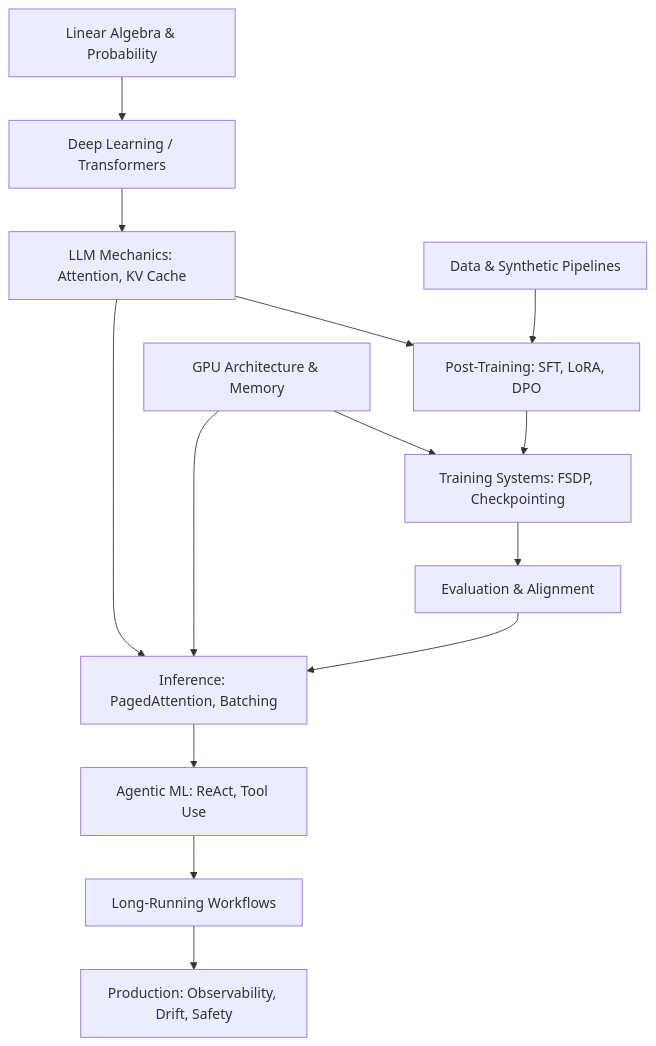
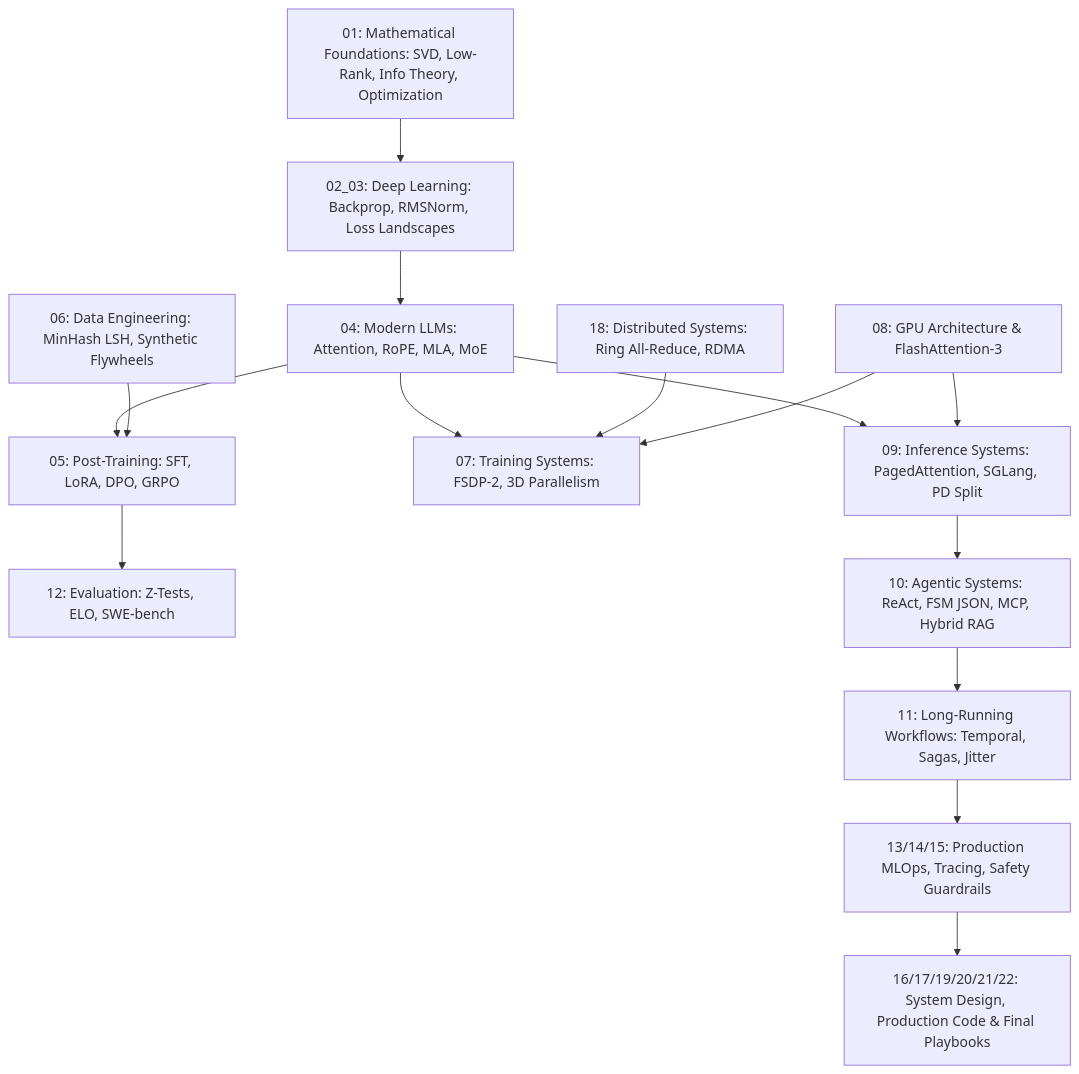
One commit to PrajyotKore/ML-Engineer-Notes-LLM-and-Agentic-Systems changed the diagram in 00_ROLE_ANALYSIS.md. Above: the diagram before and after it, drawn with Mermaid. The commit also changed other lines of this file and 23 other files, not shown here.

````diff
--- a/00_ROLE_ANALYSIS.md
+++ b/00_ROLE_ANALYSIS.md
@@ -55,23 +55,26 @@
 ```mermaid
 flowchart TD
     %% Base Layer
-    Math[Linear Algebra & Probability] --> DL[Deep Learning / Transformers]
-    DL --> LLM[LLM Mechanics: Attention, KV Cache]
+    Math[01: Mathematical Foundations: SVD, Low-Rank, Info Theory, Optimization] --> DL[02_03: Deep Learning: Backprop, RMSNorm, Loss Landscapes]
+    DL --> LLM[04: Modern LLMs: Attention, RoPE, MLA, MoE]
     
-    %% Training Layer
-    Data[Data & Synthetic Pipelines] --> PT[Post-Training: SFT, LoRA, DPO]
+    %% Hardware & Performance Layer
+    GPU[08: GPU Architecture & FlashAttention-3] --> Inf[09: Inference Systems: PagedAttention, SGLang, PD Split]
+    GPU --> TS[07: Training Systems: FSDP-2, 3D Parallelism]
+    Net[18: Distributed Systems: Ring All-Reduce, RDMA] --> TS
+    LLM --> Inf
+    LLM --> TS
+    
+    %% Training & Alignment Layer
+    Data[06: Data Engineering: MinHash LSH, Synthetic Flywheels] --> PT[05: Post-Training: SFT, LoRA, DPO, GRPO]
     LLM --> PT
-    GPU[GPU Architecture & Memory] --> TS[Training Systems: FSDP, Checkpointing]
-    PT --> TS
-    TS --> Eval[Evaluation & Alignment]
+    PT --> Eval[12: Evaluation: Z-Tests, ELO, SWE-bench]
     
-    %% Serving Layer
-    GPU --> Inf[Inference: PagedAttention, Batching]
-    LLM --> Inf
-    Eval --> Inf
+    %% Serving & Agent Layer
+    Inf --> Agent[10: Agentic Systems: ReAct, FSM JSON, MCP, Hybrid RAG]
+    Agent --> Rel[11: Long-Running Workflows: Temporal, Sagas, Jitter]
+    Rel --> Prod[13/14/15: Production MLOps, Tracing, Safety Guardrails]
     
-    %% Product / Agent Layer
-    Inf --> Agent[Agentic ML: ReAct, Tool Use]
-    Agent --> Rel[Long-Running Workflows]
-    Rel --> Prod[Production: Observability, Drift, Safety]
+    %% Synthesis Layer
+    Prod --> SysDes[16/17/19/20/21/22: System Design, Production Code & Final Playbooks]
 ```
````
